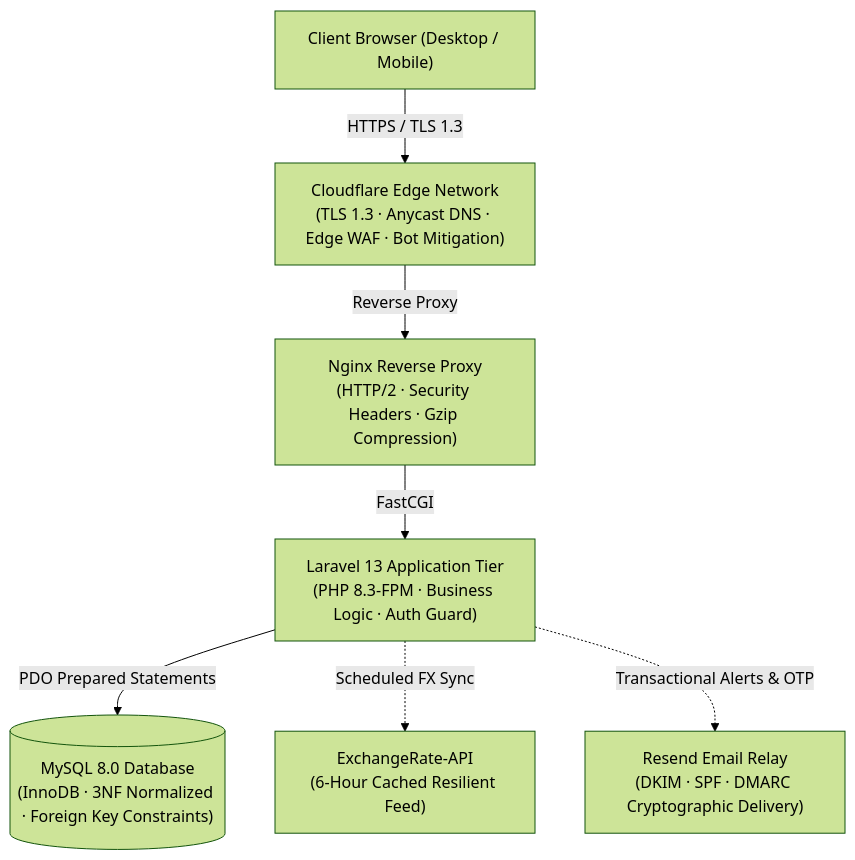
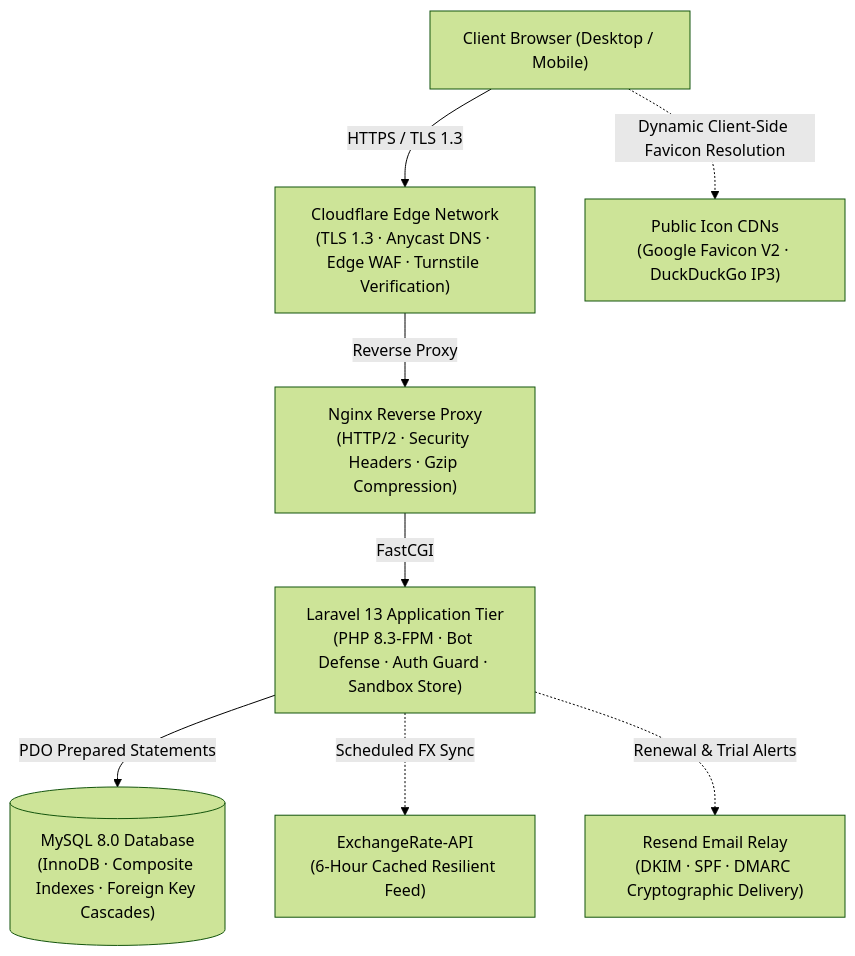
One commit to osman-builds/digital-subscription-tracker changed the diagram in README.md. Above: the diagram before and after it, drawn with Mermaid (forest theme). The commit also changed other lines of this file, not shown here.

Commit message:
Update README with latest bot defense, trial tracking, zero-file-upload policy, and test metrics

````diff
--- a/README.md
+++ b/README.md
@@ -31,17 +32,19 @@
 ```mermaid
 flowchart TD
     Client["Client Browser (Desktop / Mobile)"]
-    CF["Cloudflare Edge Network\n(TLS 1.3 · Anycast DNS · Edge WAF · Bot Mitigation)"]
+    CF["Cloudflare Edge Network\n(TLS 1.3 · Anycast DNS · Edge WAF · Turnstile Verification)"]
     Nginx["Nginx Reverse Proxy\n(HTTP/2 · Security Headers · Gzip Compression)"]
-    App["Laravel 13 Application Tier\n(PHP 8.3-FPM · Business Logic · Auth Guard)"]
-    DB[("MySQL 8.0 Database\n(InnoDB · 3NF Normalized · Foreign Key Constraints)")]
+    App["Laravel 13 Application Tier\n(PHP 8.3-FPM · Bot Defense · Auth Guard · Sandbox Store)"]
+    DB[("MySQL 8.0 Database\n(InnoDB · Composite Indexes · Foreign Key Cascades)")]
     FX["ExchangeRate-API\n(6-Hour Cached Resilient Feed)"]
     Email["Resend Email Relay\n(DKIM · SPF · DMARC Cryptographic Delivery)"]
+    IconCDN["Public Icon CDNs\n(Google Favicon V2 · DuckDuckGo IP3)"]
 
     Client -->|HTTPS / TLS 1.3| CF
     CF -->|Reverse Proxy| Nginx
     Nginx -->|FastCGI| App
     App -->|PDO Prepared Statements| DB
     App -.->|Scheduled FX Sync| FX
-    App -.->|Transactional Alerts & OTP| Email
+    App -.->|Renewal & Trial Alerts| Email
+    Client -.->|Dynamic Client-Side Favicon Resolution| IconCDN
 ```
````
